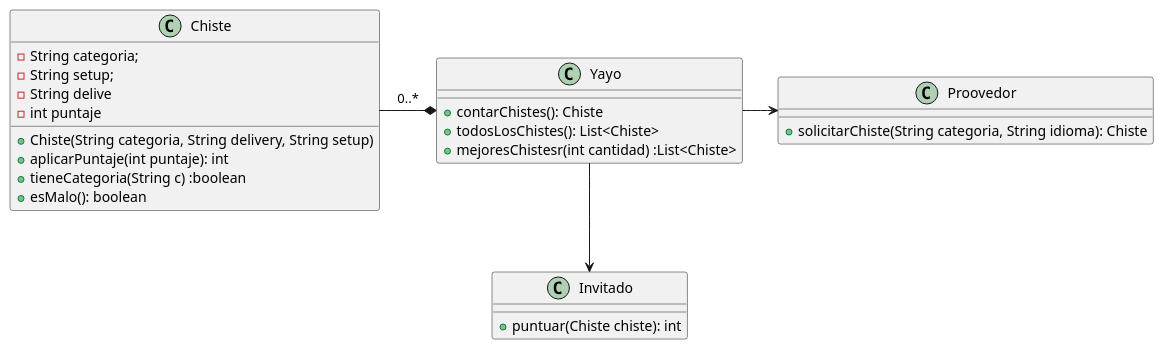
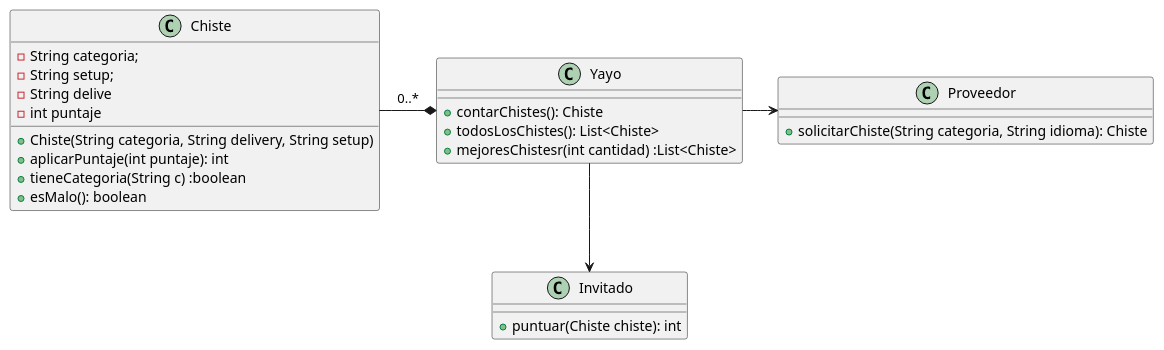
Before and after one commit to vceniceros/clase-junit-mocks: the diagram in src/diagrams/modelo_dependiente.puml, drawn with PlantUML. The commit also changed 3 other files, not shown here.

```diff
--- a/src/diagrams/modelo_dependiente.puml
+++ b/src/diagrams/modelo_dependiente.puml
@@ -1,34 +1,34 @@
 @startuml
 'https://plantuml.com/class-diagram
 
 class Yayo {
 + contarChistes(): Chiste
 + todosLosChistes(): List<Chiste>
 + mejoresChistesr(int cantidad) :List<Chiste>
 }
 
 class Chiste {
 - String categoria;
 - String setup;
 - String delive
 - int puntaje
 + Chiste(String categoria, String delivery, String setup)
 +  aplicarPuntaje(int puntaje): int
 +  tieneCategoria(String c) :boolean
 +  esMalo(): boolean
 
 }
 
-class Proovedor {
+class Proveedor {
 + solicitarChiste(String categoria, String idioma): Chiste
 }
 
 class Invitado {
 + puntuar(Chiste chiste): int
 }
 
 Yayo *-left- Chiste: 0..*
 Yayo -down-> Invitado
-Yayo -right->Proovedor
+Yayo -right->Proveedor
 
 @enduml
```
